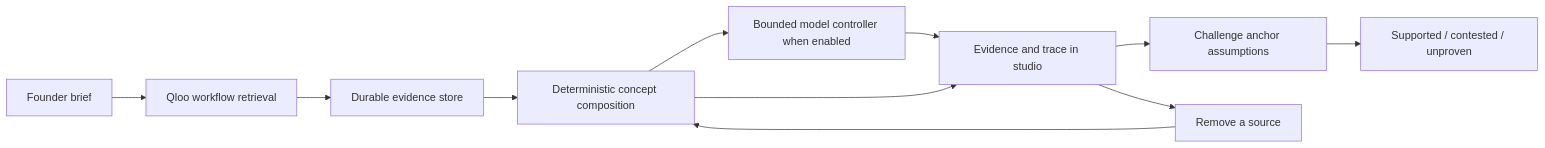
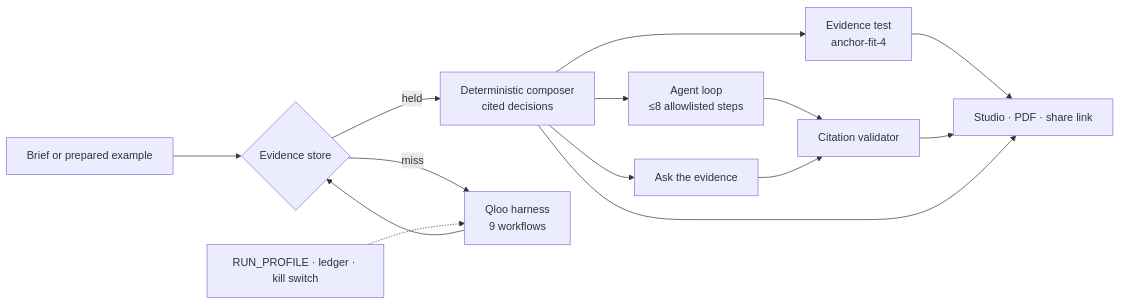
One commit to joyboyreturns/CultureForge-AI changed the diagram in README.md. Above: the diagram before and after it, drawn with Mermaid. The commit also changed other lines of this file and 15 other files, not shown here.

````diff
--- a/README.md
+++ b/README.md
@@ -41,13 +20,12 @@
 ```mermaid
 flowchart LR
-  B[Founder brief] --> Q[Qloo workflow retrieval]
-  Q --> E[Durable evidence store]
-  E --> C[Deterministic concept composition]
-  C --> A[Bounded model controller when enabled]
-  A --> R[Evidence and trace in studio]
-  C --> R
-  R --> T[Challenge anchor assumptions]
-  T --> V[Supported / contested / unproven]
-  R --> D[Remove a source]
-  D --> C
+  B[Brief or prepared example] --> S{Evidence store}
+  S -- held --> C
+  S -- miss --> Q[Qloo harness<br/>9 workflows] --> S
+  C[Deterministic composer<br/>cited decisions] --> AG[Agent loop<br/>≤8 allowlisted steps]
+  AG --> V[Citation validator]
+  C --> T[Evidence test<br/>anchor-fit-4]
+  C --> CH[Ask the evidence] --> V
+  T & V & C --> OUT[Studio · PDF · share link]
+  P[RUN_PROFILE · ledger · kill switch] -.-> Q
 ```
````
